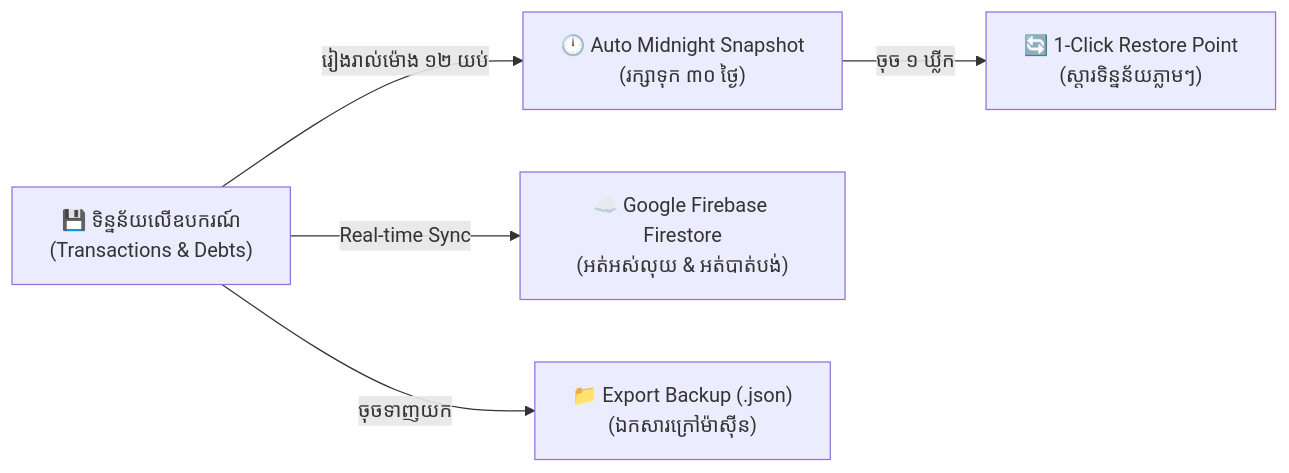
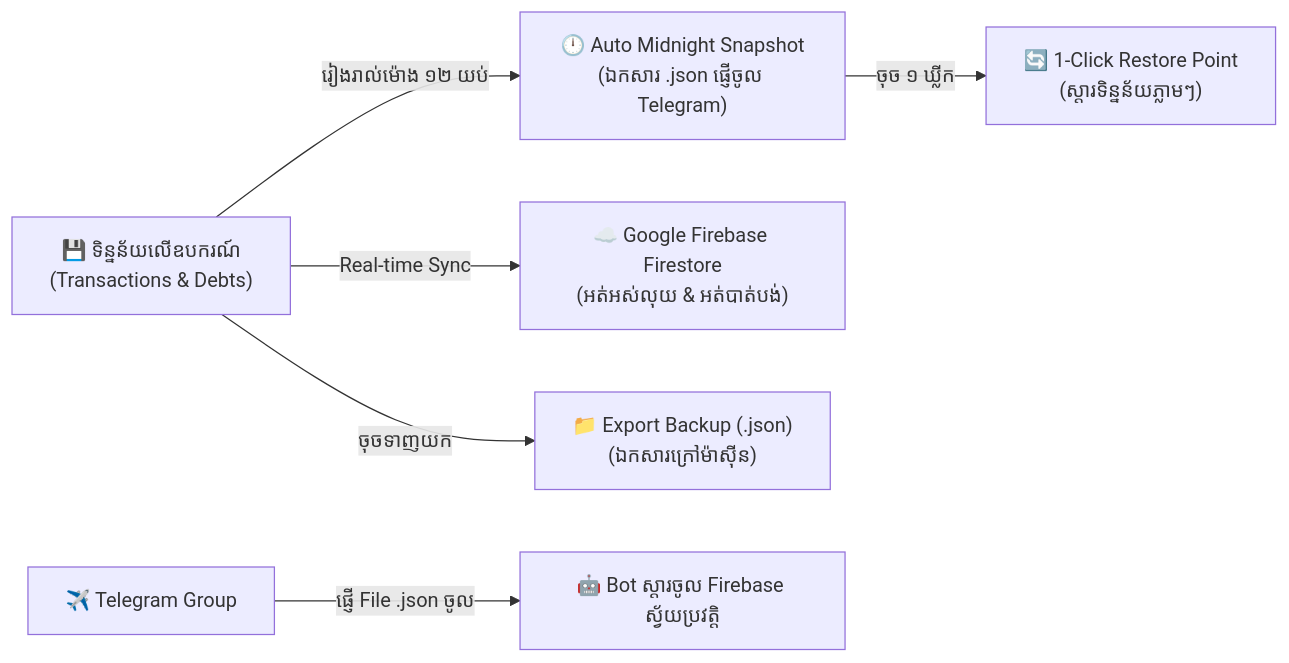
One commit to ahn233744-ship-it/my-portfolio changed the second of 2 diagrams in USER_MANUAL_KH.md. Above: the diagram before and after it, drawn with Mermaid. The commit also changed other lines of this file and 4 other files, not shown here.

````diff
--- a/USER_MANUAL_KH.md
+++ b/USER_MANUAL_KH.md
@@ -245,7 +245,8 @@
 ```mermaid
 graph LR
-    LocalData["💾 ទិន្នន័យលើឧបករណ៍\n(Transactions & Debts)"] -->|រៀងរាល់ម៉ោង ១២ យប់| MidnightSnap["🕛 Auto Midnight Snapshot\n(រក្សាទុក ៣០ ថ្ងៃ)"]
+    LocalData["💾 ទិន្នន័យលើឧបករណ៍\n(Transactions & Debts)"] -->|រៀងរាល់ម៉ោង ១២ យប់| MidnightSnap["🕛 Auto Midnight Snapshot\n(ឯកសារ .json ផ្ញើចូល Telegram)"]
     LocalData -->|Real-time Sync| Firebase["☁️ Google Firebase Firestore\n(អត់អស់លុយ & អត់បាត់បង់)"]
     LocalData -->|ចុចទាញយក| JSONFile["📁 Export Backup (.json)\n(ឯកសារក្រៅម៉ាស៊ីន)"]
     MidnightSnap -->|ចុច ១ ឃ្លីក| RestorePoint["🔄 1-Click Restore Point\n(ស្តារទិន្នន័យភ្លាមៗ)"]
+    TG["✈️ Telegram Group"] -->|ផ្ញើ File .json ចូល| BotRestore["🤖 Bot ស្ដារចូល Firebase ស្វ័យប្រវត្តិ"]
 ```
````
